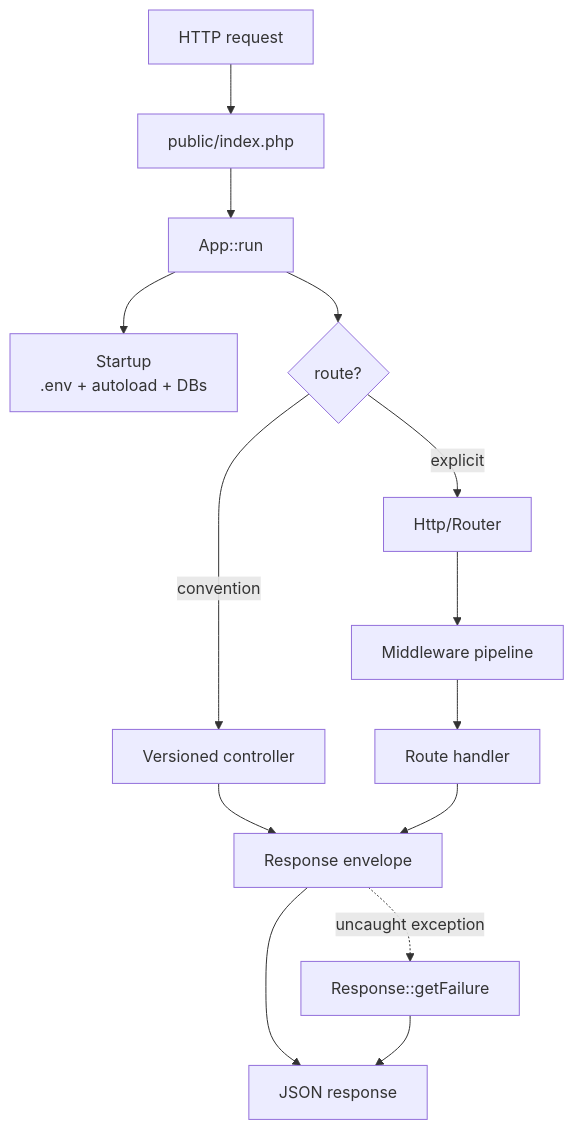
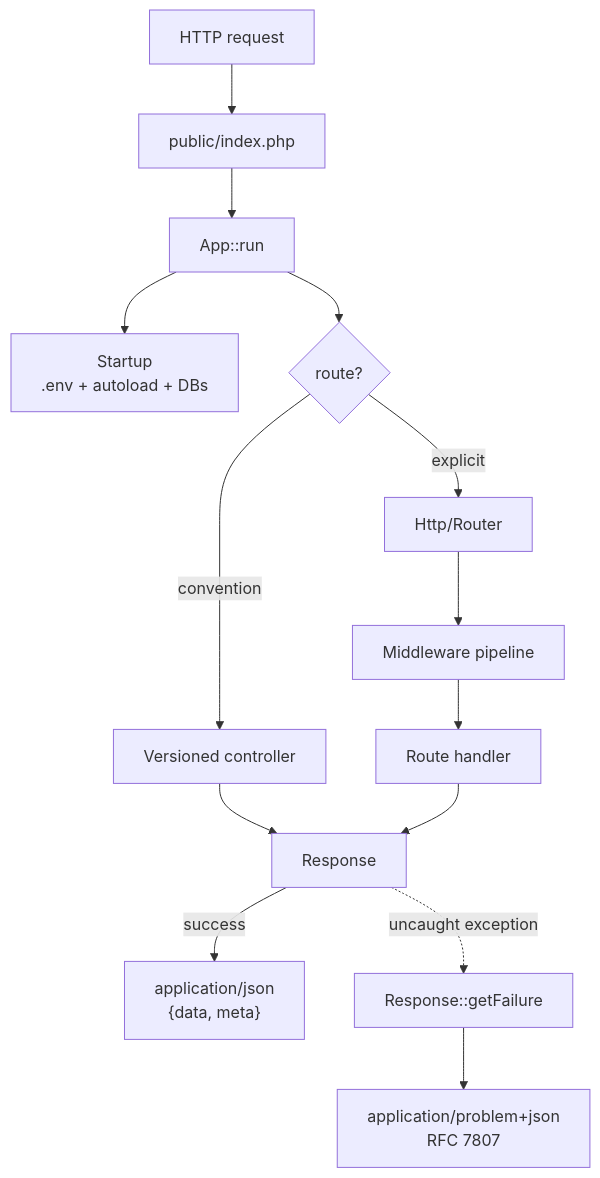
One commit to davidwyly/rxn changed the diagram in README.md. Above: the diagram before and after it, drawn with Mermaid. The commit also changed 2 other files, not shown here.

Commit message:
docs: close drift between the shipped framework and what the docs claim
- README at-a-glance mermaid: separate the two exit paths
  explicitly — application/json for success, application/problem+json
  for errors — instead of collapsing them into one "JSON response"
  node.  Matches what the framework actually emits.
- docs/index.md request-lifecycle prose: same rewrite; says two
  exit paths, names both content types.
- docs/index.md sequence diagram: success + failure branches each
  get their own Response emission + client response step with the
  right content type.
- docs/index.md topics table: error-handling now says "Exceptions
  + RFC 7807 Problem Details"; CLI mentions OpenAPI; building-
  blocks mentions the shipped middlewares, TestClient, SwaggerUi.
- docs/index.md + CONTRIBUTING.md mottos align to the five motives
  (novelty, simplicity, interoperability, speed, strict JSON).
- CONTRIBUTING.md runtime-deps principle: corrected from "exactly
  one" (vlucas/phpdotenv) to the real list — phpdotenv plus the
  PSR-7/PSR-15 bridge and rxn-orm — since we added those and
  never updated the principle.

````diff
--- a/README.md
+++ b/README.md
@@ -20,16 +20,16 @@
 ```mermaid
 flowchart TB
     Req["HTTP request"] --> Index["public/index.php"]
     Index --> App["App::run"]
     App --> Boot["Startup<br/>.env + autoload + DBs"]
     App --> Dispatch{"route?"}
     Dispatch -->|convention| ConvCtrl["Versioned controller"]
     Dispatch -->|explicit| Router["Http/Router"]
     Router --> Pipeline["Middleware pipeline"]
     Pipeline --> ExplCtrl["Route handler"]
-    ConvCtrl --> Resp["Response envelope"]
+    ConvCtrl --> Resp["Response"]
     ExplCtrl --> Resp
-    Resp --> JSON["JSON response"]
+    Resp -->|success| OK["application/json<br/>{data, meta}"]
     Resp -. uncaught exception .-> Fail["Response::getFailure"]
-    Fail --> JSON
+    Fail --> PD["application/problem+json<br/>RFC 7807"]
 ```
````
